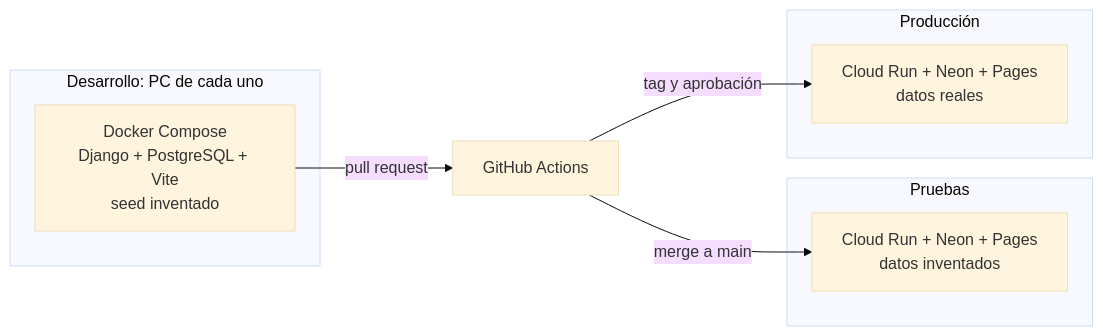
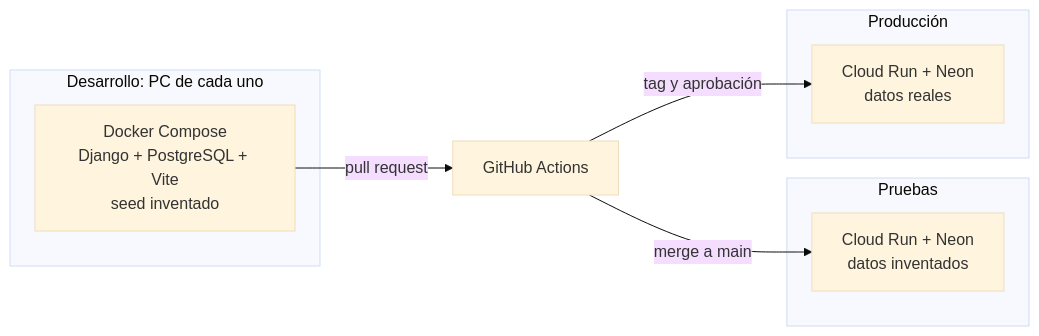
One commit to aleharo2003/floky-cuadernos changed the diagram in docs/diagramas/fuentes/ARQ-05.mmd. Above: the diagram before and after it, drawn with Mermaid (base theme). The commit also changed 23 other files, not shown here.

```diff
--- a/docs/diagramas/fuentes/ARQ-05.mmd
+++ b/docs/diagramas/fuentes/ARQ-05.mmd
@@ -1,14 +1,14 @@
 flowchart LR
     subgraph Dev["Desarrollo: PC de cada uno"]
         DC["Docker Compose<br/>Django + PostgreSQL + Vite<br/>seed inventado"]
     end
     subgraph Pru["Pruebas"]
-        PN["Cloud Run + Neon + Pages<br/>datos inventados"]
+        PN["Cloud Run + Neon<br/>datos inventados"]
     end
     subgraph Prod["Producción"]
-        RN["Cloud Run + Neon + Pages<br/>datos reales"]
+        RN["Cloud Run + Neon<br/>datos reales"]
     end
     GH["GitHub Actions"]
     DC -->|"pull request"| GH
     GH -->|"merge a main"| PN
     GH -->|"tag y aprobación"| RN
```
